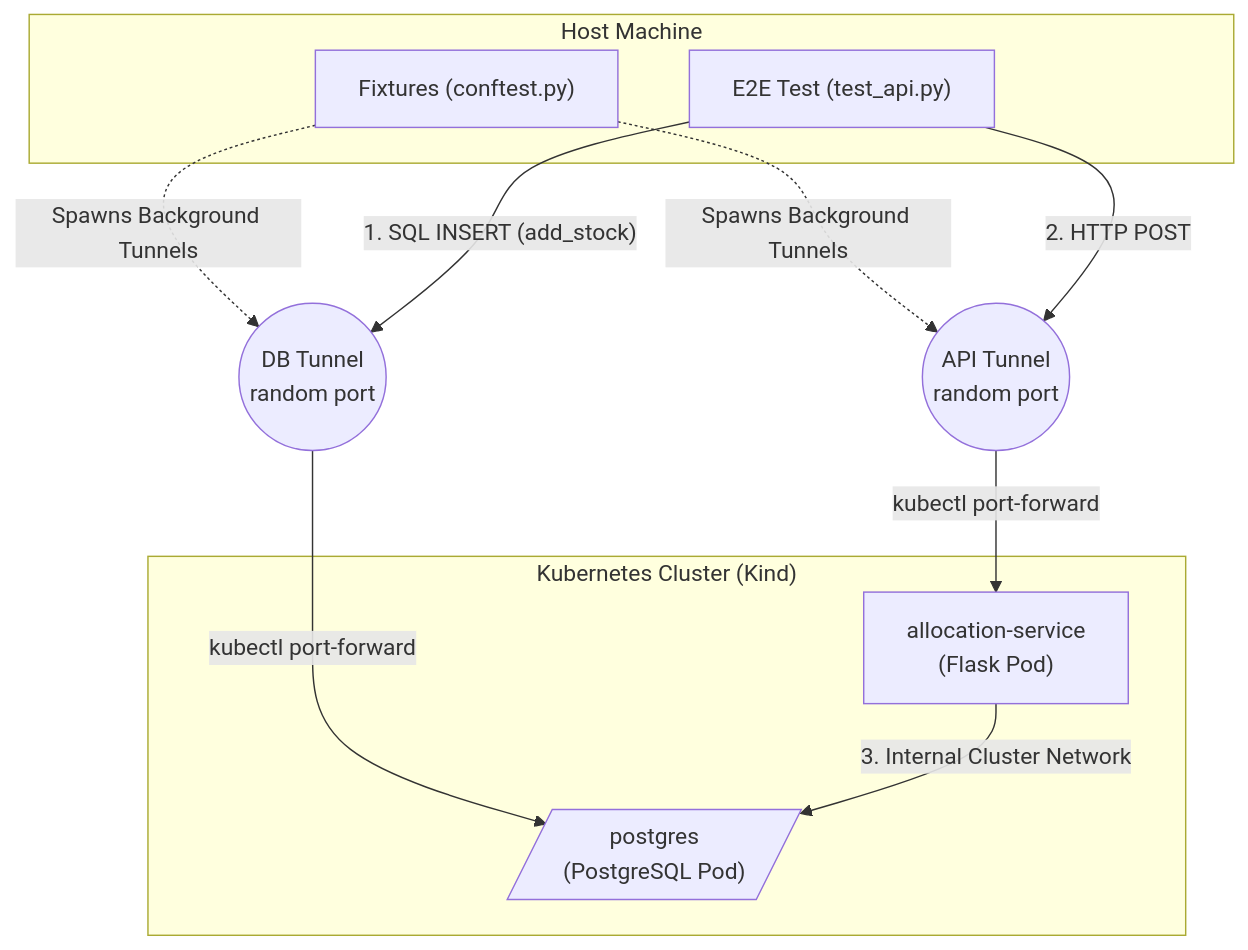
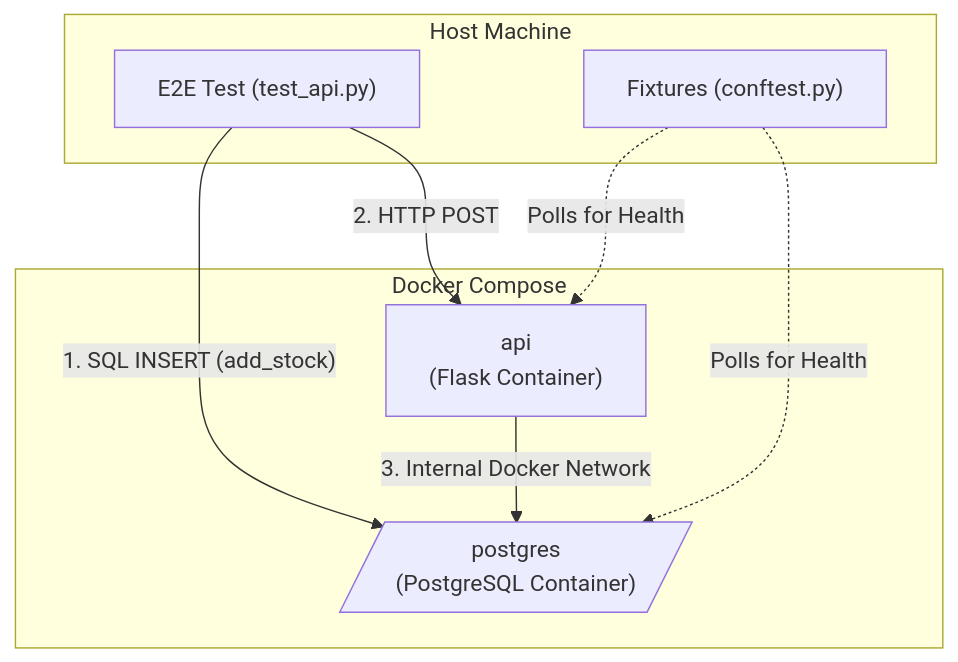
One commit to jackxpeng/ddd_python changed the diagram in e2e_testing_walkthrough.md. Above: the diagram before and after it, drawn with Mermaid. The commit also changed other lines of this file and 5 other files, not shown here.

Commit message:
use docker compose instead of k8s

````diff
--- a/e2e_testing_walkthrough.md
+++ b/e2e_testing_walkthrough.md
@@ -11,23 +11,20 @@
 ```mermaid
 graph TD
     subgraph Host Machine
         T["E2E Test (test_api.py)"]
         F["Fixtures (conftest.py)"]
     end
 
-    subgraph "Kubernetes Cluster (Kind)"
-        API["allocation-service<br/>(Flask Pod)"]
-        DB[/"postgres<br/>(PostgreSQL Pod)"/]
+    subgraph "Docker Compose"
+        API["api<br/>(Flask Container)"]
+        DB[/"postgres<br/>(PostgreSQL Container)"/]
     end
 
-    F -. "Spawns Background Tunnels" .-> Tunnel_API
-    F -. "Spawns Background Tunnels" .-> Tunnel_DB
+    F -. "Polls for Health" .-> API
+    F -. "Polls for Health" .-> DB
 
-    T -- "1. SQL INSERT (add_stock)" --> Tunnel_DB(("DB Tunnel<br/>random port"))
-    Tunnel_DB -- "kubectl port-forward" --> DB
+    T -- "1. SQL INSERT (add_stock)" --> DB
+    T -- "2. HTTP POST" --> API
 
-    T -- "2. HTTP POST" --> Tunnel_API(("API Tunnel<br/>random port"))
-    Tunnel_API -- "kubectl port-forward" --> API
-
-    API -- "3. Internal Cluster Network" --> DB
+    API -- "3. Internal Docker Network" --> DB
 ```
````
